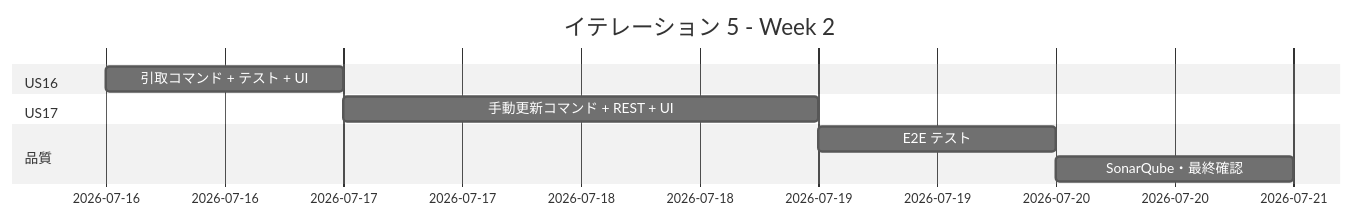
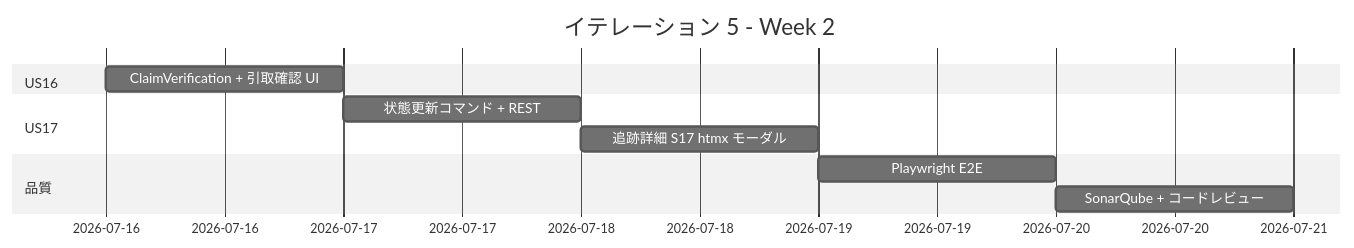
Before and after one commit to k2works/case-study-cargo-tracker: the second of 9 diagrams in docs/development/iteration_plan-5.md, drawn with Mermaid (neutral theme). The commit also changed other lines of this file, not shown here.

Commit message:
docs(iteration-5): IT4 品質水準に合わせ設計セクションを全面拡充（ドメインモデル・状態遷移・ER・ワイヤーフレーム・インタラクション図）

````diff
--- a/docs/development/iteration_plan-5.md
+++ b/docs/development/iteration_plan-5.md
@@ -211,12 +234,13 @@
 ```mermaid
 gantt
     title イテレーション 5 - Week 2
     dateFormat  YYYY-MM-DD
     section US16
-    引取コマンド + テスト + UI   :a1, 2026-07-16, 1d
+    ClaimVerification + 引取確認 UI   :a1, 2026-07-16, 1d
     section US17
-    手動更新コマンド + REST + UI :a2, after a1, 2d
+    状態更新コマンド + REST            :a2, after a1, 1d
+    追跡詳細 S17 htmx モーダル        :a3, after a2, 1d
     section 品質
-    E2E テスト                  :a3, after a2, 1d
-    SonarQube・最終確認         :a4, after a3, 1d
+    Playwright E2E                    :a4, after a3, 1d
+    SonarQube + コードレビュー        :a5, after a4, 1d
 ```
````
